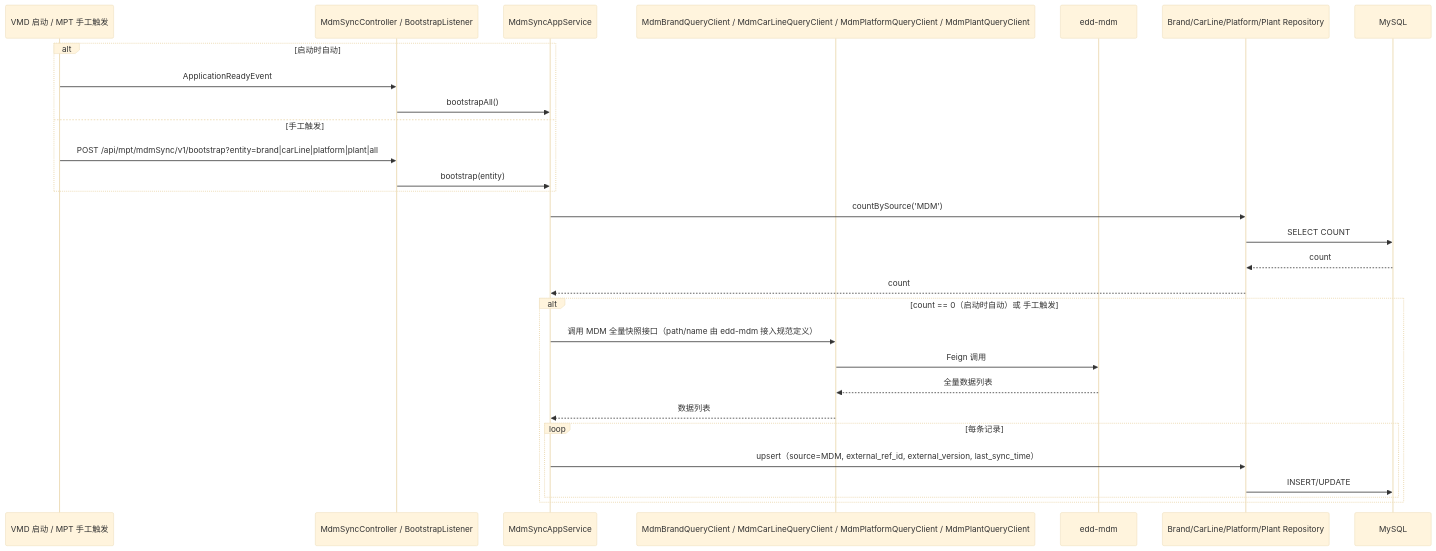
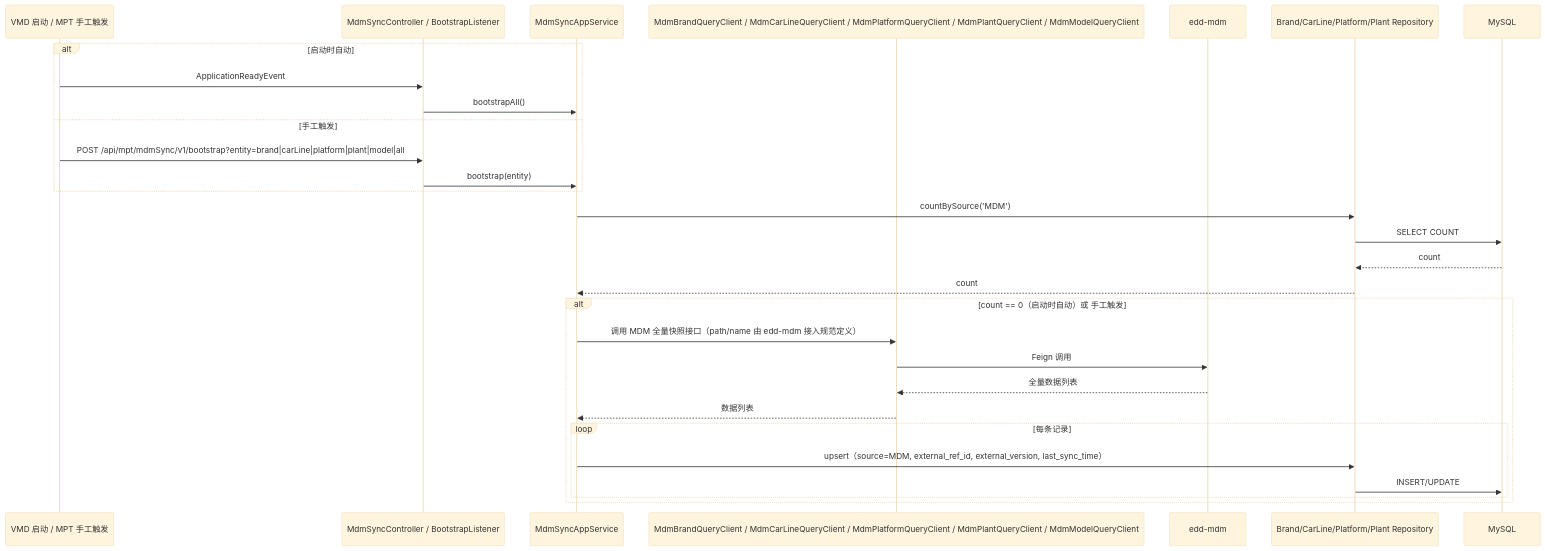
Before and after one commit to hwyzleo/iov-cloud-edd-vmd: diagram 11 of 11 in specs/vehicle-master-data-platform/design.md, drawn with Mermaid (base theme). The commit also changed other lines of this file and 28 other files, not shown here.

````diff
--- a/specs/vehicle-master-data-platform/design.md
+++ b/specs/vehicle-master-data-platform/design.md
@@ -499,32 +503,32 @@
 ```mermaid
 sequenceDiagram
     participant VMD as VMD 启动 / MPT 手工触发
     participant C as MdmSyncController / BootstrapListener
     participant A as MdmSyncAppService
-    participant FC as MdmBrandQueryClient / MdmCarLineQueryClient / MdmPlatformQueryClient / MdmPlantQueryClient
+    participant FC as MdmBrandQueryClient / MdmCarLineQueryClient / MdmPlatformQueryClient / MdmPlantQueryClient / MdmModelQueryClient
     participant MDM as edd-mdm
     participant R as Brand/CarLine/Platform/Plant Repository
     participant DB as MySQL
 
     alt 启动时自动
         VMD->>C: ApplicationReadyEvent
         C->>A: bootstrapAll()
     else 手工触发
-        VMD->>C: POST /api/mpt/mdmSync/v1/bootstrap?entity=brand|carLine|platform|plant|all
+        VMD->>C: POST /api/mpt/mdmSync/v1/bootstrap?entity=brand|carLine|platform|plant|model|all
         C->>A: bootstrap(entity)
     end
     A->>R: countBySource('MDM')
     R->>DB: SELECT COUNT
     DB-->>R: count
     R-->>A: count
     alt count == 0（启动时自动）或 手工触发
         A->>FC: 调用 MDM 全量快照接口（path/name 由 edd-mdm 接入规范定义）
         FC->>MDM: Feign 调用
         MDM-->>FC: 全量数据列表
         FC-->>A: 数据列表
         loop 每条记录
             A->>R: upsert（source=MDM, external_ref_id, external_version, last_sync_time）
             R->>DB: INSERT/UPDATE
         end
     end
 ```
````
